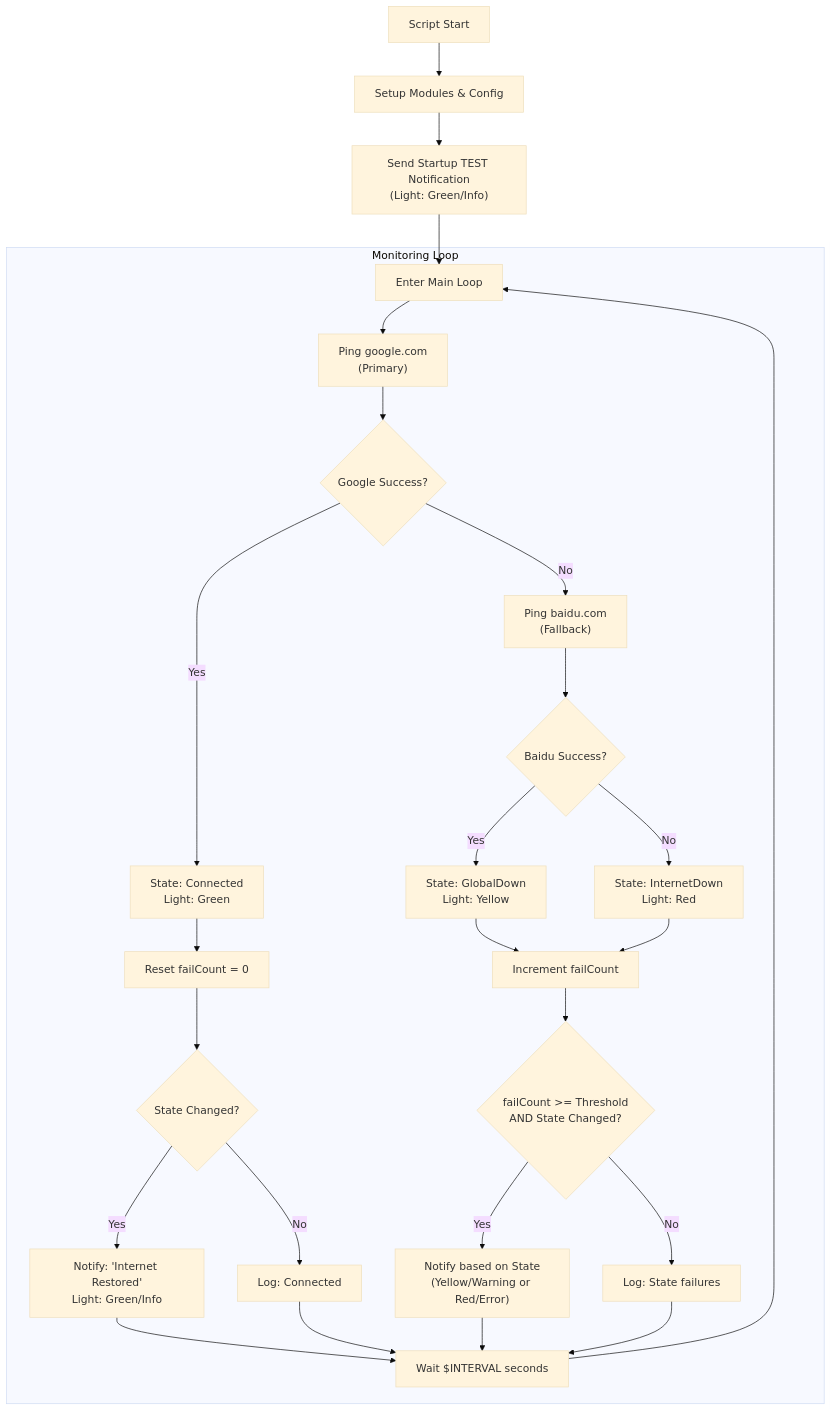
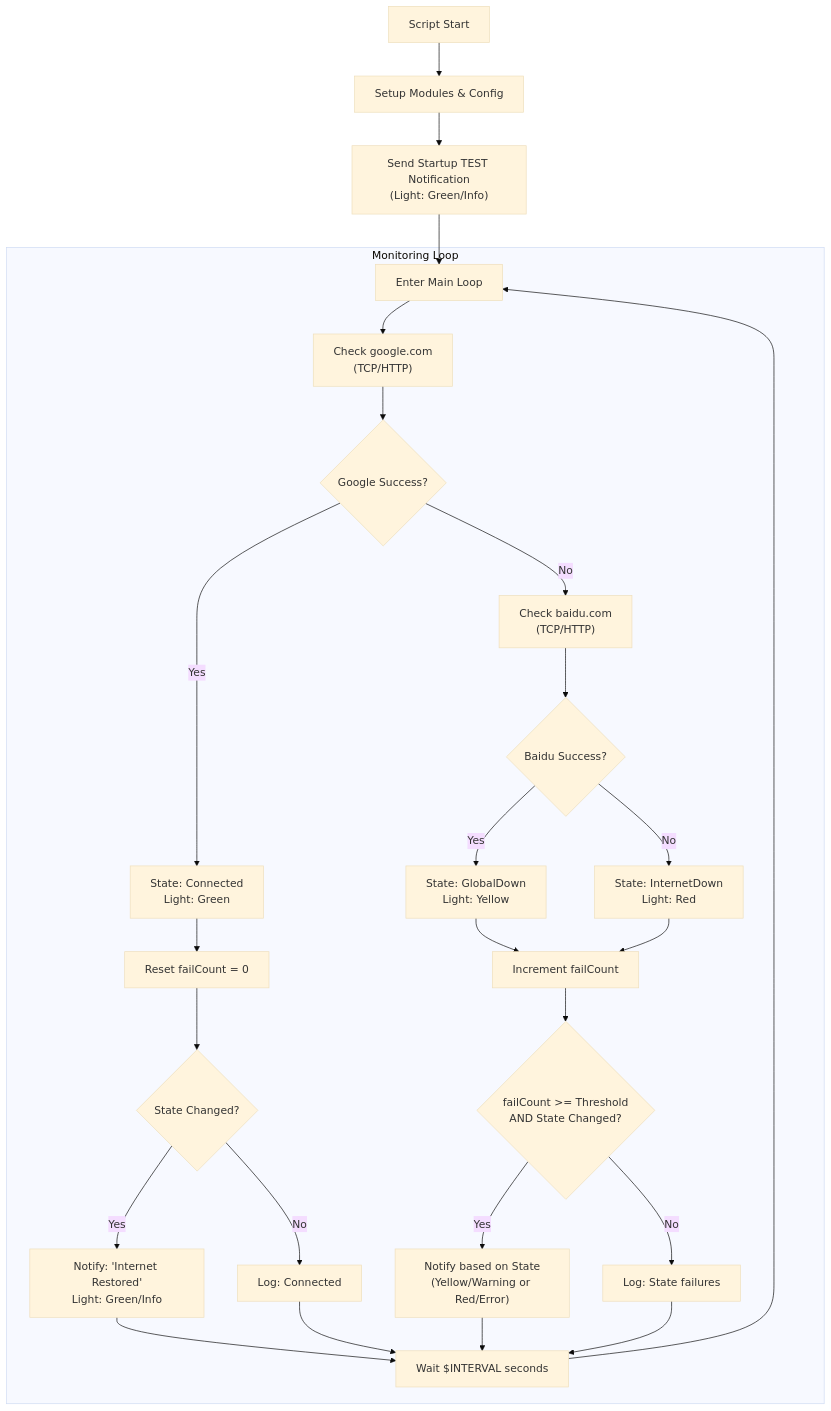
Before and after one commit to vincentikigai/hammer: the diagram in internet-accesibility/flowchart.md, drawn with Mermaid (base theme). The commit also changed 2 other files, not shown here.

Commit message:
feat: add internet connectivity monitor utility with granular status tracking and notifications

````diff
--- a/internet-accesibility/flowchart.md
+++ b/internet-accesibility/flowchart.md
@@ -5,37 +5,37 @@
 ```mermaid
 flowchart TD
     A["Script Start"] --> B["Setup Modules & Config"]
     B --> C["Send Startup TEST Notification<br/>(Light: Green/Info)"]
     
     C --> D["Enter Main Loop"]
     
     subgraph Loop ["Monitoring Loop"]
-        D --> E["Ping google.com<br/>(Primary)"]
+        D --> E["Check google.com<br/>(TCP/HTTP)"]
         E --> F{"Google Success?"}
         
         F -->|"Yes"| G["State: Connected<br/>Light: Green"]
         G --> H["Reset failCount = 0"]
         H --> I{"State Changed?"}
         I -->|"Yes"| J["Notify: 'Internet Restored'<br/>Light: Green/Info"]
         I -->|"No"| K["Log: Connected"]
         
-        F -->|"No"| L["Ping baidu.com<br/>(Fallback)"]
+        F -->|"No"| L["Check baidu.com<br/>(TCP/HTTP)"]
         L --> M{"Baidu Success?"}
         
         M -->|"Yes"| N["State: GlobalDown<br/>Light: Yellow"]
         M -->|"No"| O["State: InternetDown<br/>Light: Red"]
         
         N --> P["Increment failCount"]
         O --> P
         
         P --> Q{"failCount >= Threshold<br/>AND State Changed?"}
         Q -->|"Yes"| R["Notify based on State<br/>(Yellow/Warning or Red/Error)"]
         Q -->|"No"| S["Log: State failures"]
         
         J --> T["Wait $INTERVAL seconds"]
         K --> T
         R --> T
         S --> T
         T --> D
     end
 ```
````
